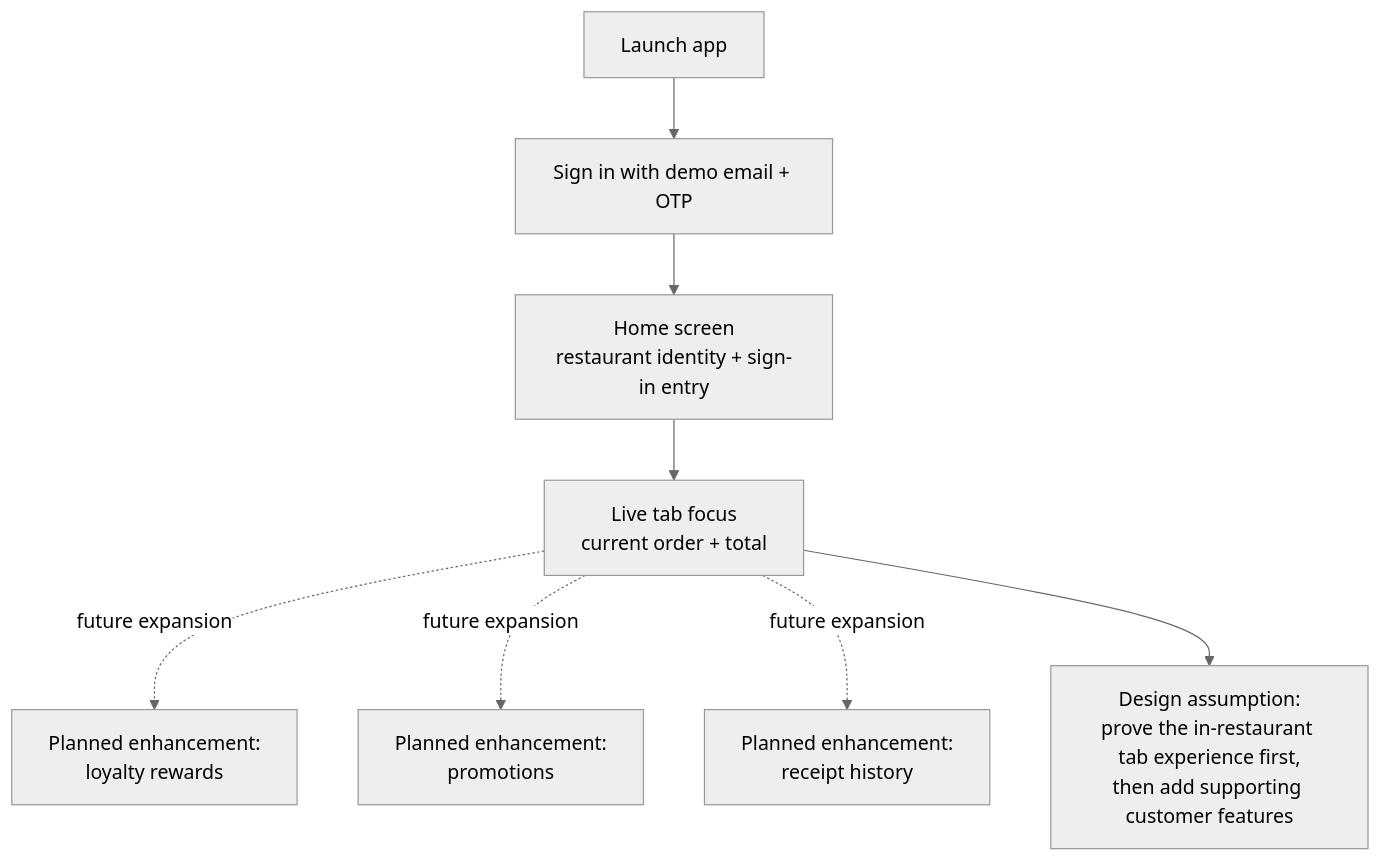
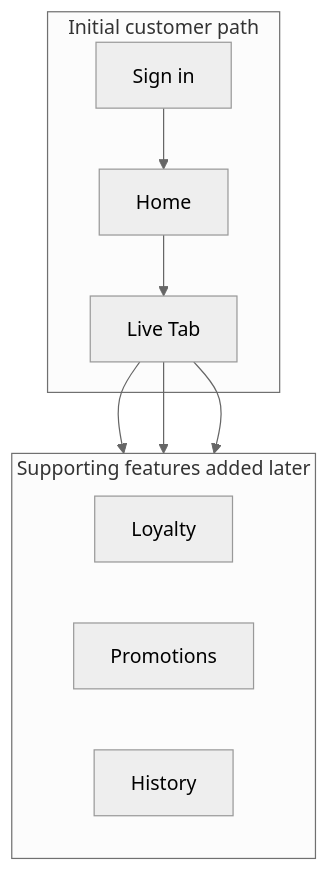
Before and after one commit to ebilguun03/ozora-capstone-portfolio: the diagram in assets/capstone-experience/ui-ordering/ui-early-concept.mmd, drawn with Mermaid (neutral theme). The commit also changed 9 other files, not shown here.

Commit message:
Upgrade capstone experience diagrams

```diff
--- a/assets/capstone-experience/ui-ordering/ui-early-concept.mmd
+++ b/assets/capstone-experience/ui-ordering/ui-early-concept.mmd
@@ -1,16 +1,19 @@
 flowchart TD
-    launch["Launch app"]
-    login["Sign in with demo email + OTP"]
-    home["Home screen\nrestaurant identity + sign-in entry"]
-    tab["Live tab focus\ncurrent order + total"]
-    planned1["Planned enhancement:\nloyalty rewards"]
-    planned2["Planned enhancement:\npromotions"]
-    planned3["Planned enhancement:\nreceipt history"]
+    subgraph primary["Initial customer path"]
+        signin["Sign in"]
+        home["Home"]
+        live["Live Tab"]
+    end
 
-    launch --> login --> home --> tab
-    tab -. "future expansion" .-> planned1
-    tab -. "future expansion" .-> planned2
-    tab -. "future expansion" .-> planned3
+    subgraph later["Supporting features added later"]
+        direction LR
+        loyalty["Loyalty"]
+        offers["Promotions"]
+        history["History"]
+    end
 
-    note["Design assumption:\nprove the in-restaurant tab experience first,\nthen add supporting customer features"]
-    tab --> note
+    signin --> home
+    home --> live
+    live --> loyalty
+    live --> offers
+    live --> history
```
